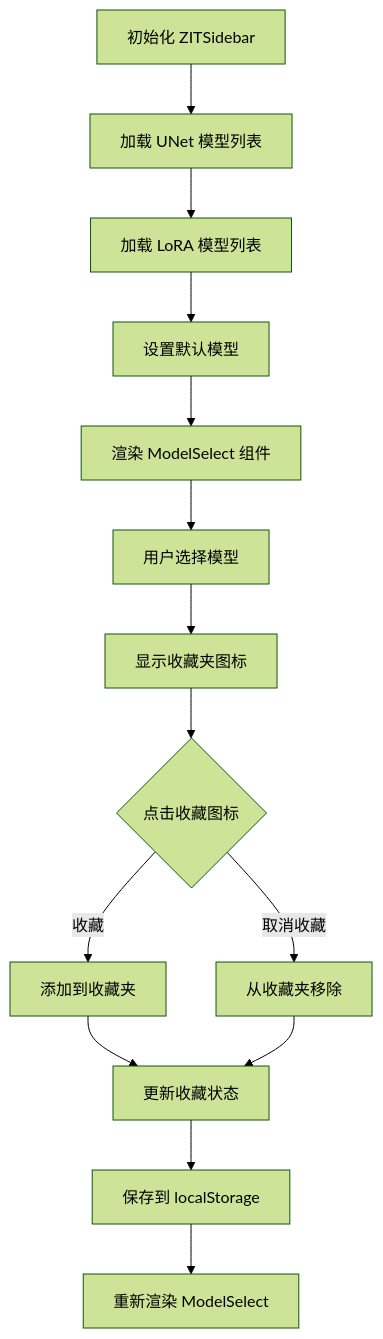
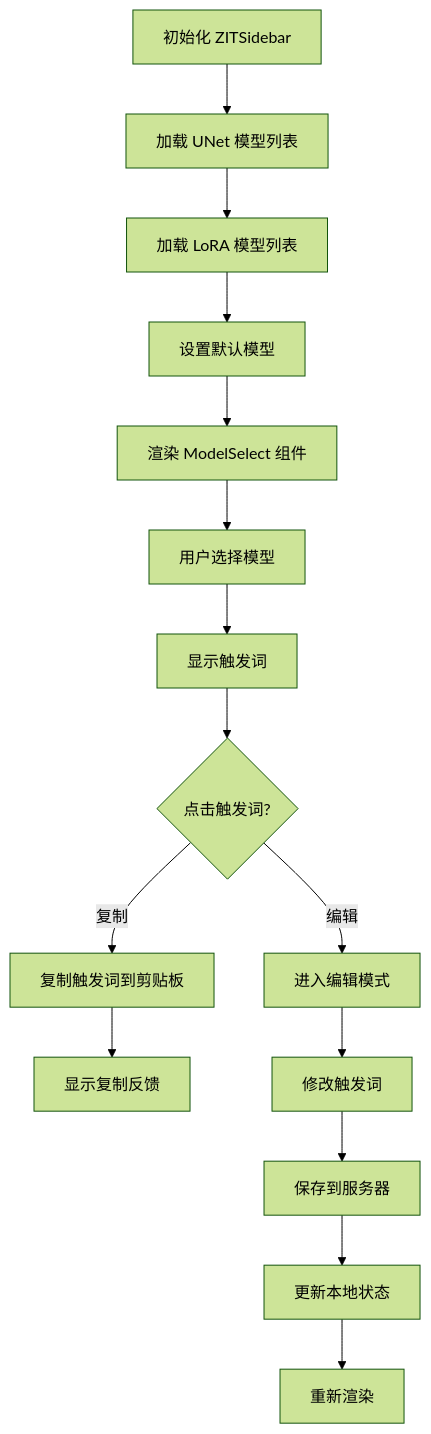
Before and after one commit to billye220670/CorineKit_Pix2Real: the fifth of 9 diagrams in .qoder/repowiki/zh/content/用户界面组件/控制面板组件/ZIT快出侧边栏.md, drawn with Mermaid (forest theme). The commit also changed other lines of this file and 11 other files, not shown here.

````diff
--- a/.qoder/repowiki/zh/content/用户界面组件/控制面板组件/ZIT快出侧边栏.md
+++ b/.qoder/repowiki/zh/content/用户界面组件/控制面板组件/ZIT快出侧边栏.md
@@ -261,16 +288,17 @@
 ```mermaid
 flowchart TD
 A[初始化 ZITSidebar] --> B[加载 UNet 模型列表]
 B --> C[加载 LoRA 模型列表]
 C --> D[设置默认模型]
 D --> E[渲染 ModelSelect 组件]
 E --> F[用户选择模型]
-F --> G[显示收藏夹图标]
-G --> H{点击收藏图标}
-H --> |收藏| I[添加到收藏夹]
-H --> |取消收藏| J[从收藏夹移除]
-I --> K[更新收藏状态]
-J --> K
-K --> L[保存到 localStorage]
-L --> M[重新渲染 ModelSelect]
+F --> G[显示触发词]
+G --> H{点击触发词?}
+H --> |复制| I[复制触发词到剪贴板]
+H --> |编辑| J[进入编辑模式]
+I --> K[显示复制反馈]
+J --> L[修改触发词]
+L --> M[保存到服务器]
+M --> N[更新本地状态]
+N --> O[重新渲染]
 ```
````
